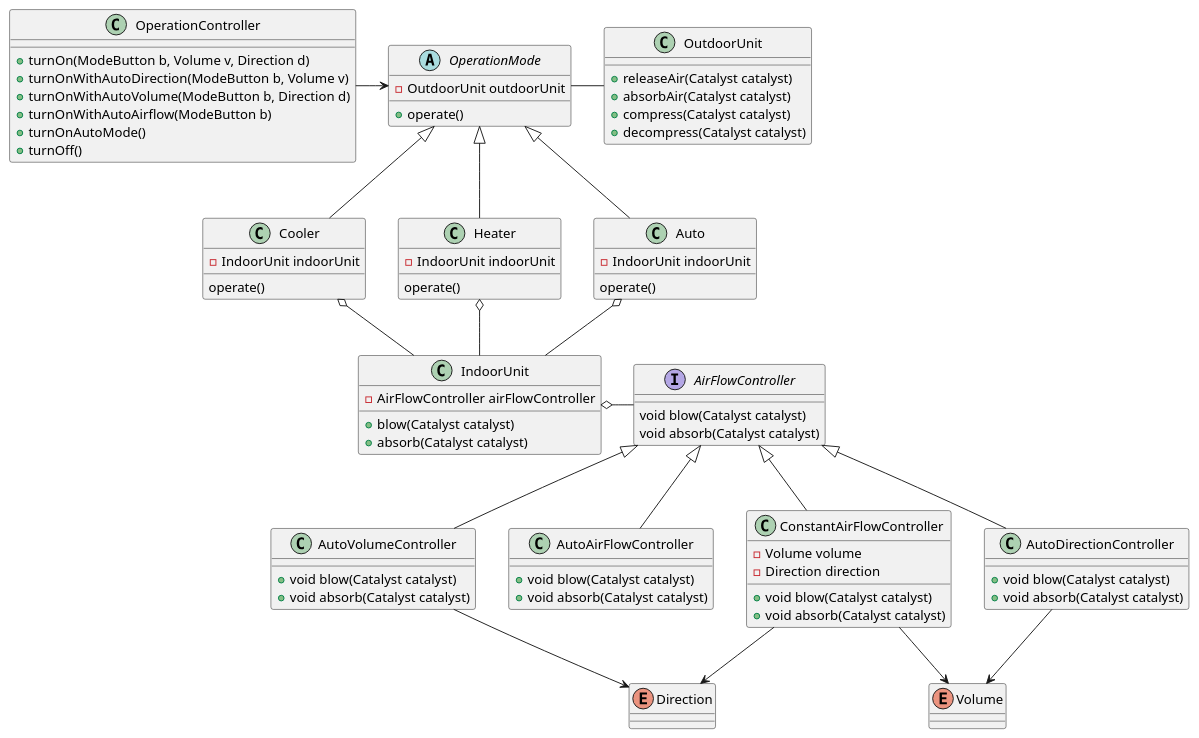
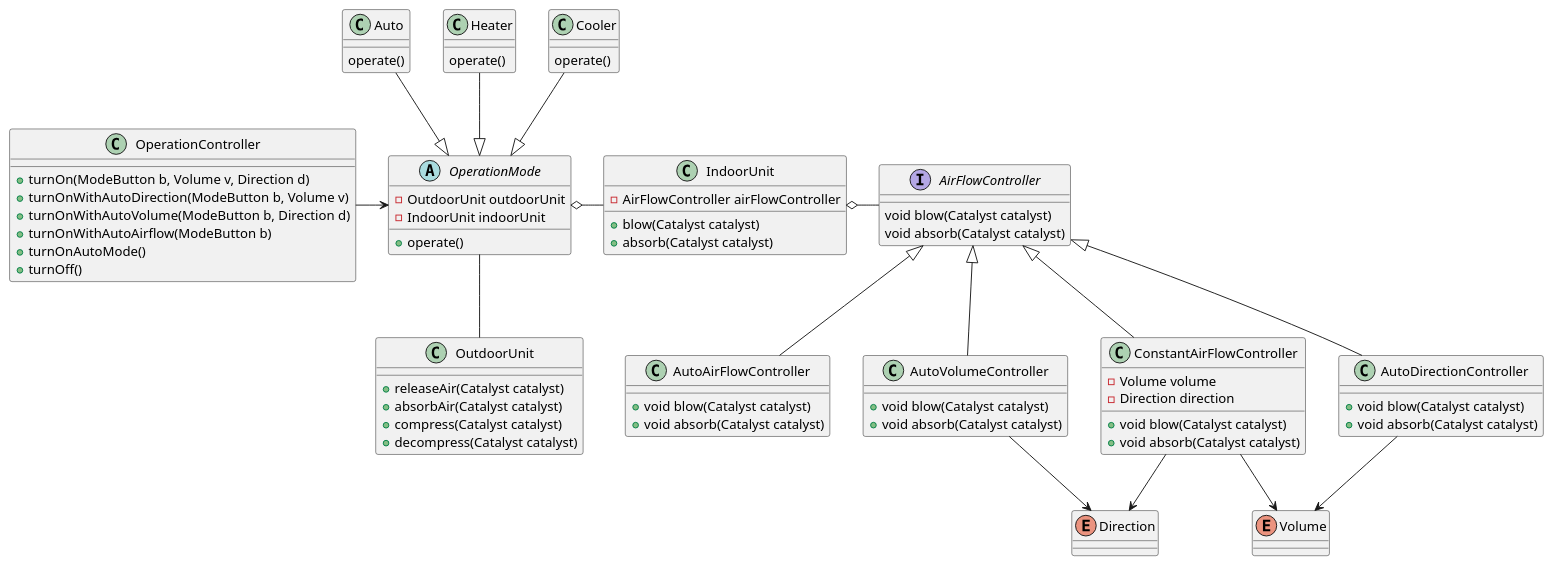
One commit to yatakeke/modeling-training changed the diagram in air-conditioner.puml. Above: the diagram before and after it, drawn with PlantUML.

Commit message:
indoorは共通で持ちそう

```diff
--- a/air-conditioner.puml
+++ b/air-conditioner.puml
@@ -1,111 +1,102 @@
 @startuml
 'https://plantuml.com/class-diagram
 
-'基本的には冷房と暖房の２つしか選べない
-'風向の指定しかできない
 '温度センサー未実装
 
 class OperationController {
 +turnOn(ModeButton b, Volume v, Direction d)
 +turnOnWithAutoDirection(ModeButton b, Volume v)
 +turnOnWithAutoVolume(ModeButton b, Direction d)
 +turnOnWithAutoAirflow(ModeButton b)
 +turnOnAutoMode()
 +turnOff()
 }
 
 OperationController -right-> OperationMode
 
 abstract class OperationMode {
 -OutdoorUnit outdoorUnit
+-IndoorUnit indoorUnit
 +operate()
 }
 
-OperationMode <|-- Cooler
-OperationMode <|-- Heater
-OperationMode <|-- Auto
+OperationMode <|-up- Cooler
+OperationMode <|-up- Heater
+OperationMode <|-up- Auto
 
-OperationMode -right- OutdoorUnit
+OperationMode -- OutdoorUnit
+OperationMode o-right- IndoorUnit
 
 class Cooler {
--IndoorUnit indoorUnit
 operate()
 }
 
-Cooler o-- IndoorUnit
-
 class Heater {
--IndoorUnit indoorUnit
 operate()
 }
 
-Heater o-- IndoorUnit
-
 class Auto {
--IndoorUnit indoorUnit
 operate()
 }
-
-Auto o-- IndoorUnit
 
 
 '意図がindoorUnitと少し違うことを明確にするためにあえて違う名前にしてみた
 class OutdoorUnit {
 +releaseAir(Catalyst catalyst)
 +absorbAir(Catalyst catalyst)
 +compress(Catalyst catalyst)
 +decompress(Catalyst catalyst)
 }
 
 class IndoorUnit {
 -AirFlowController airFlowController
 +blow(Catalyst catalyst)
 +absorb(Catalyst catalyst)
 }
 
 IndoorUnit o-right- AirFlowController
 
 interface AirFlowController {
 void blow(Catalyst catalyst)
 void absorb(Catalyst catalyst)
 }
 
 AirFlowController <|-- ConstantAirFlowController
 AirFlowController <|-- AutoAirFlowController
 AirFlowController <|-- AutoDirectionController
 AirFlowController <|-- AutoVolumeController
 
 class ConstantAirFlowController {
 -Volume volume
 -Direction direction
 +void blow(Catalyst catalyst)
 +void absorb(Catalyst catalyst)
 }
 
 class AutoAirFlowController {
 +void blow(Catalyst catalyst)
 +void absorb(Catalyst catalyst)
 }
 
 class AutoDirectionController {
 +void blow(Catalyst catalyst)
 +void absorb(Catalyst catalyst)
 }
 
 class AutoVolumeController {
 +void blow(Catalyst catalyst)
 +void absorb(Catalyst catalyst)
 }
 
 ConstantAirFlowController --> Direction
 ConstantAirFlowController --> Volume
 AutoVolumeController --> Direction
 AutoDirectionController --> Volume
 
 enum Direction {
 }
 
 enum Volume {
 }
 
 @enduml
```
